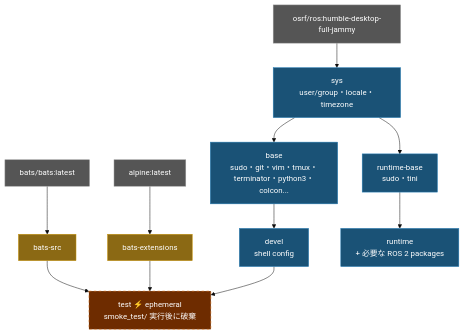
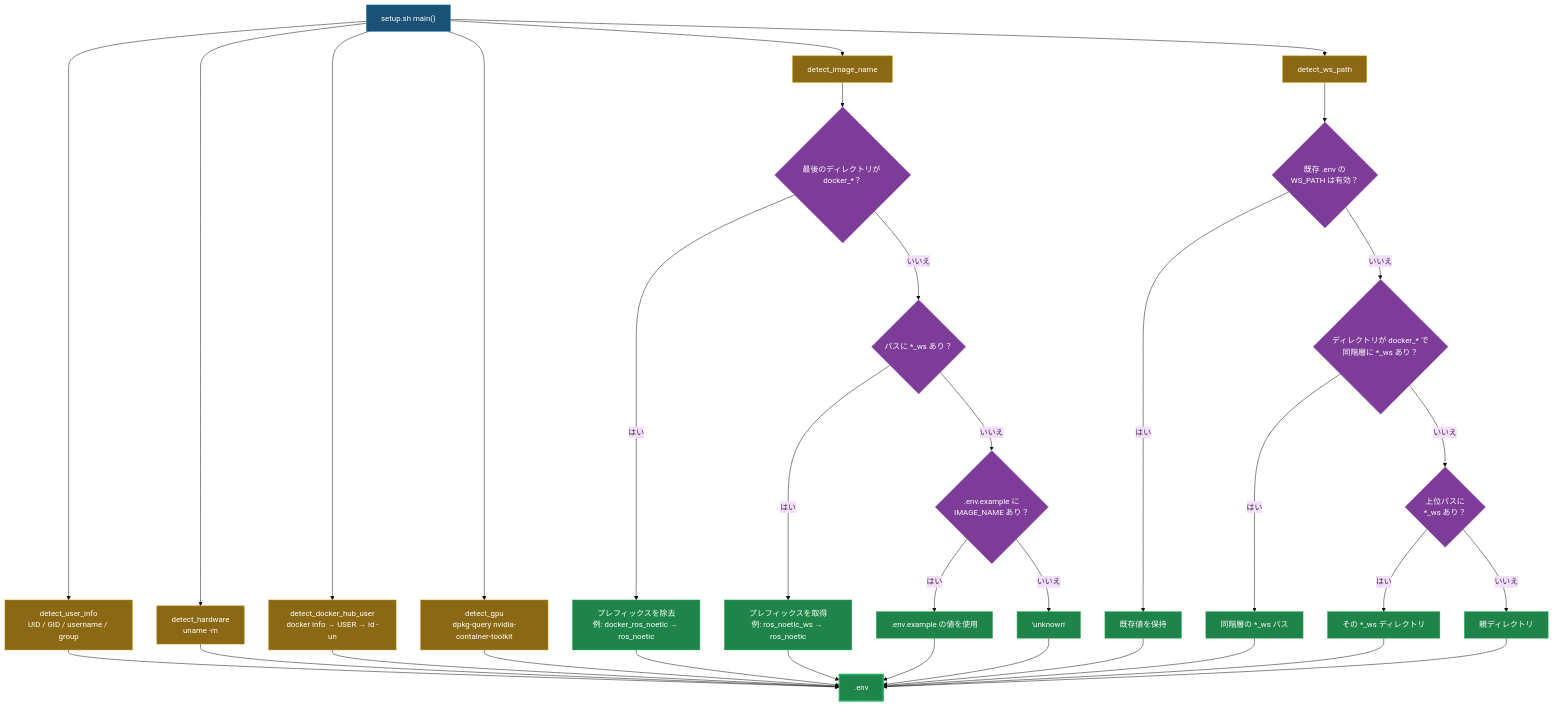
The first of 2 diagrams in doc/README.ja.md (ycpss91255-docker/osrf_ros2_humble), drawn with Mermaid (base theme) before and after one commit. The commit also changed other lines of this file and 47 other files, not shown here.

First line of the commit message:
Squashed 'docker_setup_helper/' changes from ea8a994..4e7b249

````diff
--- a/doc/README.ja.md
+++ b/doc/README.ja.md
@@ -235,26 +272,46 @@
 ```mermaid
 graph TD
-    EXT1["bats/bats:latest"]:::external
-    EXT2["alpine:latest"]:::external
-    EXT3["osrf/ros:humble-desktop-full-jammy"]:::external
+    A["setup.sh main()"]:::entry
 
-    EXT1 --> bats-src["bats-src"]:::tool
-    EXT2 --> bats-ext["bats-extensions"]:::tool
+    A --> B["detect_user_info\nUID / GID / username / group"]:::detect
+    A --> C["detect_hardware\nuname -m"]:::detect
+    A --> D["detect_docker_hub_user\ndocker info → USER → id -un"]:::detect
+    A --> E["detect_gpu\ndpkg-query nvidia-container-toolkit"]:::detect
+    A --> F["detect_image_name"]:::detect
+    A --> G["detect_ws_path"]:::detect
 
-    EXT3 --> sys["sys\nuser/group・locale・timezone"]:::stage
+    F --> F1{"最後のディレクトリが docker_*？"}:::decision
+    F1 -- "はい" --> F1R["プレフィックスを除去\n例: docker_ros_noetic → ros_noetic"]:::result
+    F1 -- "いいえ" --> F2{"パスに *_ws あり？"}:::decision
+    F2 -- "はい" --> F2R["プレフィックスを取得\n例: ros_noetic_ws → ros_noetic"]:::result
+    F2 -- "いいえ" --> F3{".env.example に\nIMAGE_NAME あり？"}:::decision
+    F3 -- "はい" --> F3R[".env.example の値を使用"]:::result
+    F3 -- "いいえ" --> F4R["'unknown'"]:::result
 
-    sys --> base["base\nsudo・git・vim・tmux・terminator・python3・colcon..."]:::stage
-    base --> devel["devel\nshell config"]:::stage
+    G --> G0{"既存 .env の\nWS_PATH は有効？"}:::decision
+    G0 -- "はい" --> G0R["既存値を保持"]:::result
+    G0 -- "いいえ" --> G1{"ディレクトリが docker_* で\n同階層に *_ws あり？"}:::decision
+    G1 -- "はい" --> G1R["同階層の *_ws パス"]:::result
+    G1 -- "いいえ" --> G2{"上位パスに\n*_ws あり？"}:::decision
+    G2 -- "はい" --> G2R["その *_ws ディレクトリ"]:::result
+    G2 -- "いいえ" --> G3R["親ディレクトリ"]:::result
 
-    bats-src --> test["test  ⚡ ephemeral\nsmoke_test/ 実行後に破棄"]:::ephemeral
-    bats-ext --> test
-    devel --> test
+    B --> H[".env"]:::output
+    C --> H
+    D --> H
+    E --> H
+    F1R --> H
+    F2R --> H
+    F3R --> H
+    F4R --> H
+    G0R --> H
+    G1R --> H
+    G2R --> H
+    G3R --> H
 
-    sys --> runtime-base["runtime-base\nsudo・tini"]:::stage
-    runtime-base --> runtime["runtime\n+ 必要な ROS 2 packages"]:::stage
-
-    classDef external fill:#555,color:#fff,stroke:#999
-    classDef tool fill:#8B6914,color:#fff,stroke:#c8960c
-    classDef stage fill:#1a5276,color:#fff,stroke:#2980b9
-    classDef ephemeral fill:#6e2c00,color:#fff,stroke:#e67e22,stroke-dasharray:5 5
+    classDef entry fill:#1a5276,color:#fff,stroke:#2980b9
+    classDef detect fill:#8B6914,color:#fff,stroke:#c8960c
+    classDef decision fill:#7d3c98,color:#fff,stroke:#a569bd
+    classDef result fill:#1e8449,color:#fff,stroke:#27ae60
+    classDef output fill:#1e8449,color:#fff,stroke:#27ae60,stroke-width:3px
 ```
````
